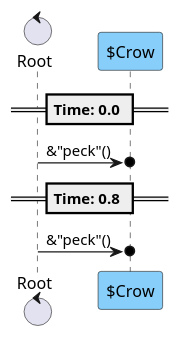
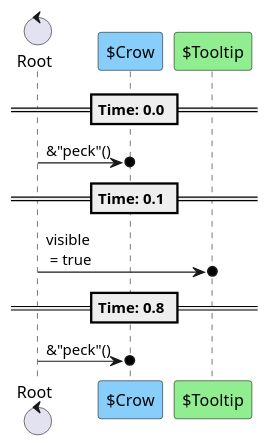
Before and after one commit to tkmfujise/Platformer-Game-Learning: the third of 5 diagrams in content/scenes/src/stages/0/gimmicks/climb_lecture/climb_lecture.tscn.adoc, drawn with PlantUML. The commit also changed other lines of this file and 232 other files, not shown here.

```diff
--- a/content/scenes/src/stages/0/gimmicks/climb_lecture/climb_lecture.tscn.adoc
+++ b/content/scenes/src/stages/0/gimmicks/climb_lecture/climb_lecture.tscn.adoc
@@ -113,14 +138,17 @@
 [plantuml]
 ....
 control "Root" as R
 participant "$Crow" as T0 #87CEFA
+participant "$Tooltip" as T1 #90EE90
 
 
 
 == Time: 0.0 ==
 R  ->o  T0 : &"peck"()
+== Time: 0.1 ==
+R  ->o  T1 : visible\n = true
 == Time: 0.8 ==
 R  ->o  T0 : &"peck"()
 
 
 ....
```
